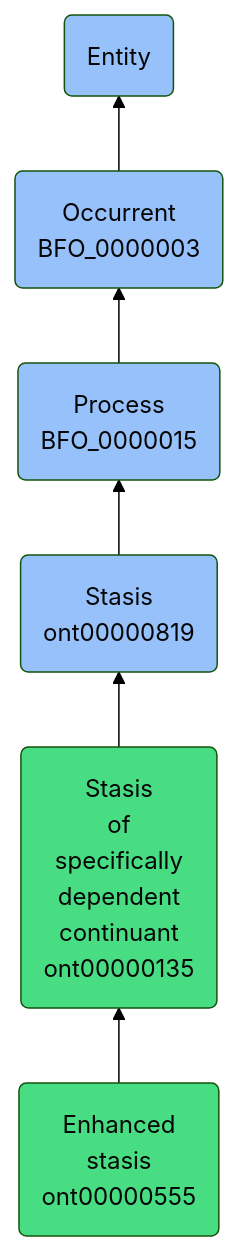
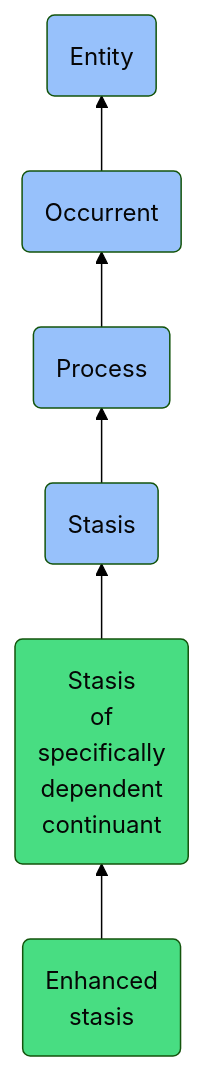
The diagram in docs/ontology/reference/model/Entity/Occurrent/Process/Stasis/Stasis of specifically dependent continuant/Enhanced stasis/Enhanced stasis.md (jupyter-naas/abi), drawn with Mermaid (forest theme) before and after one commit. The commit also changed other lines of this file and 1430 other files, not shown here.

````diff
--- a/docs/ontology/reference/model/Entity/Occurrent/Process/Stasis/Stasis of specifically dependent continuant/Enhanced stasis/Enhanced stasis.md
+++ b/docs/ontology/reference/model/Entity/Occurrent/Process/Stasis/Stasis of specifically dependent continuant/Enhanced stasis/Enhanced stasis.md
@@ -24,13 +24,13 @@
 ```mermaid
 graph BT
-    ont00000555(Enhanced<br>stasis<br>ont00000555):::ABI-->ont00000135
-    ont00000135(Stasis<br>of<br>specifically<br>dependent<br>continuant<br>ont00000135):::ABI-->ont00000819
-    ont00000819(Stasis<br>ont00000819):::BFO-->BFO_0000015
-    BFO_0000015(Process<br>BFO_0000015):::BFO-->BFO_0000003
-    BFO_0000003(Occurrent<br>BFO_0000003):::BFO-->BFO_0000001
+    ont00000555(Enhanced<br>stasis):::ABI-->ont00000135
+    ont00000135(Stasis<br>of<br>specifically<br>dependent<br>continuant):::ABI-->ont00000819
+    ont00000819(Stasis):::BFO-->BFO_0000015
+    BFO_0000015(Process):::BFO-->BFO_0000003
+    BFO_0000003(Occurrent):::BFO-->BFO_0000001
     BFO_0000001(Entity):::BFO
     
     classDef BFO fill:#97c1fb,color:#060606
     classDef CCO fill:#e4c51e,color:#060606
     classDef ABI fill:#48DD82,color:#060606
 ```
````
